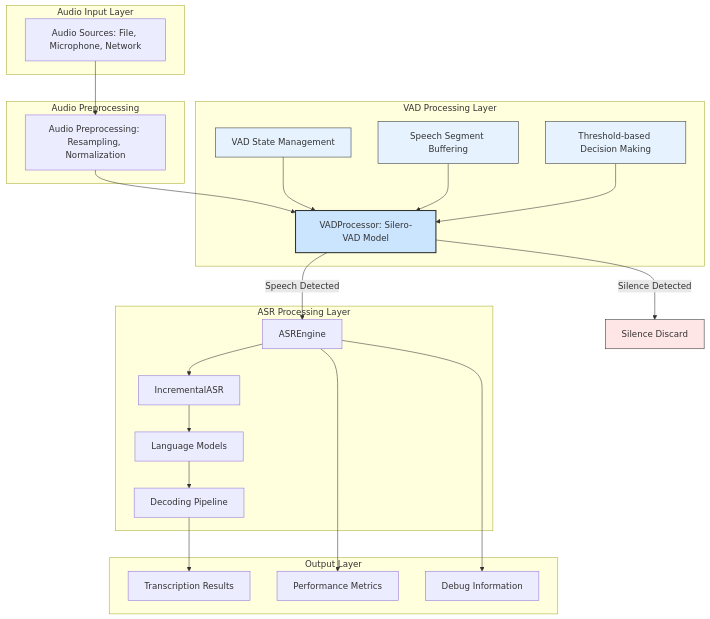
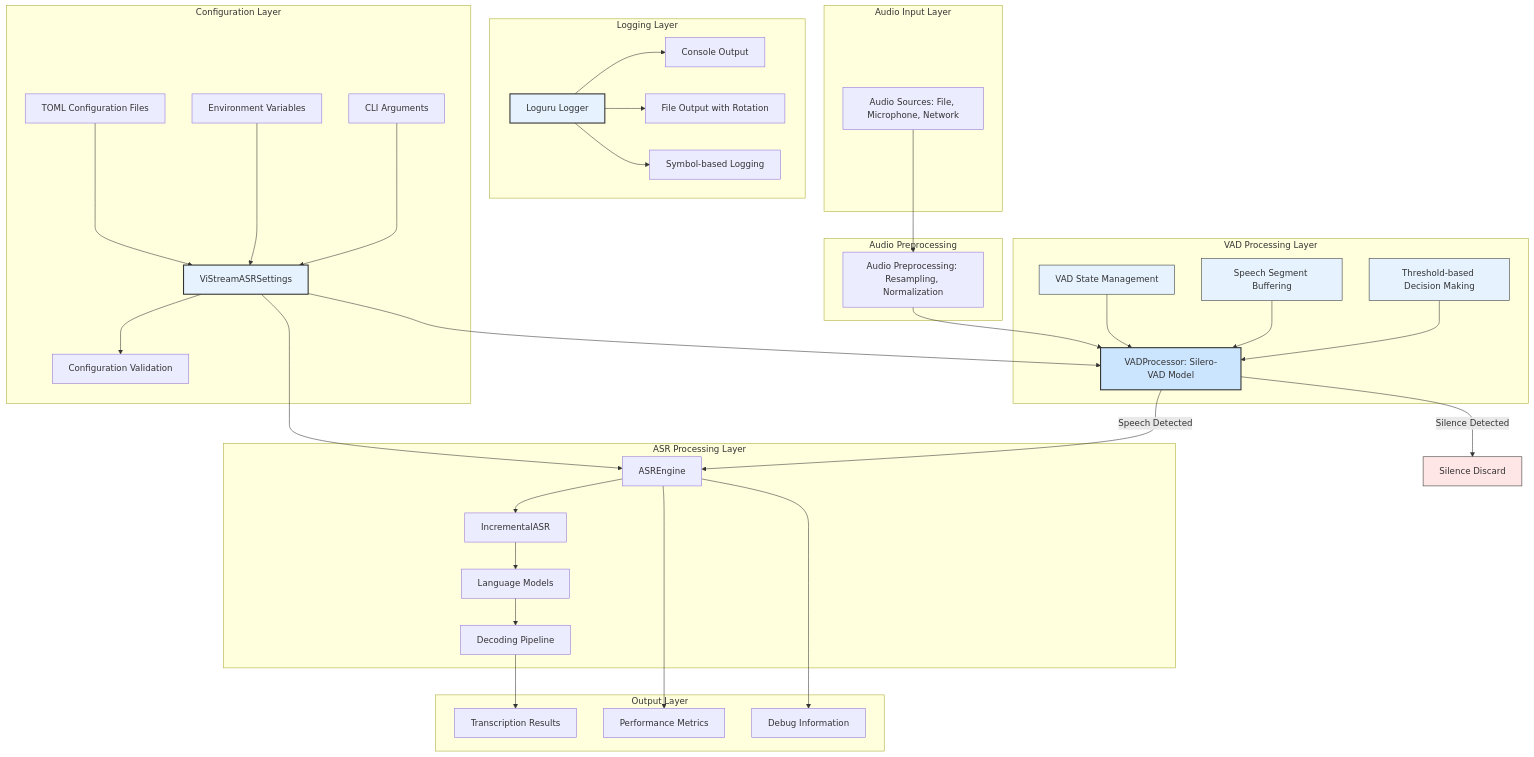
Before and after one commit to leakless21/ViStreamASR: the first of 6 diagrams in docs/ARCHITECTURE.md, drawn with Mermaid. The commit also changed other lines of this file and 20 other files, not shown here.

````diff
--- a/docs/ARCHITECTURE.md
+++ b/docs/ARCHITECTURE.md
@@ -19,49 +21,75 @@
 ```mermaid
 graph TD
+    subgraph "Configuration Layer"
+        A[TOML Configuration Files]
+        B[Environment Variables]
+        C[CLI Arguments]
+        D[ViStreamASRSettings]
+        E[Configuration Validation]
+    end
+
+    subgraph "Logging Layer"
+        F[Loguru Logger]
+        G[Console Output]
+        H[File Output with Rotation]
+        I[Symbol-based Logging]
+    end
+
     subgraph "Audio Input Layer"
-        A[Audio Sources: File, Microphone, Network]
+        J[Audio Sources: File, Microphone, Network]
     end
 
     subgraph "Audio Preprocessing"
-        B[Audio Preprocessing: Resampling, Normalization]
+        K[Audio Preprocessing: Resampling, Normalization]
     end
 
     subgraph "VAD Processing Layer"
-        C[VADProcessor: Silero-VAD Model]
-        D[VAD State Management]
-        E[Speech Segment Buffering]
-        F[Threshold-based Decision Making]
+        L[VADProcessor: Silero-VAD Model]
+        M[VAD State Management]
+        N[Speech Segment Buffering]
+        O[Threshold-based Decision Making]
     end
 
     subgraph "ASR Processing Layer"
-        G[ASREngine]
-        H[IncrementalASR]
-        I[Language Models]
-        J[Decoding Pipeline]
+        P[ASREngine]
+        Q[IncrementalASR]
+        R[Language Models]
+        S[Decoding Pipeline]
     end
 
     subgraph "Output Layer"
-        K[Transcription Results]
-        L[Performance Metrics]
-        M[Debug Information]
+        T[Transcription Results]
+        U[Performance Metrics]
+        V[Debug Information]
     end
 
-    A --> B --> C
-    C -->|Speech Detected| G
-    C -->|Silence Detected| N[Silence Discard]
-    D --> C
-    E --> C
-    F --> C
-    G --> H
-    H --> I
-    I --> J
-    J --> K
-    G --> L
-    G --> M
+    A --> D
+    B --> D
+    C --> D
+    D --> E
+    D --> P
+    D --> L
+    F --> G
+    F --> H
+    F --> I
+    J --> K --> L
+    L -->|Speech Detected| P
+    L -->|Silence Detected| W[Silence Discard]
+    M --> L
+    N --> L
+    O --> L
+    P --> Q
+    Q --> R
+    R --> S
+    S --> T
+    P --> U
+    P --> V
 
-    style C fill:#cce5ff,stroke:#333,stroke-width:2px
-    style D fill:#e6f3ff,stroke:#333,stroke-width:1px
-    style E fill:#e6f3ff,stroke:#333,stroke-width:1px
-    style F fill:#e6f3ff,stroke:#333,stroke-width:1px
-    style N fill:#ffe6e6,stroke:#333,stroke-width:1px
+    style D fill:#e6f3ff,stroke:#333,stroke-width:2px
+    style F fill:#e6f3ff,stroke:#333,stroke-width:2px
+    style L fill:#cce5ff,stroke:#333,stroke-width:2px
+    style M fill:#e6f3ff,stroke:#333,stroke-width:1px
+    style N fill:#e6f3ff,stroke:#333,stroke-width:1px
+    style O fill:#e6f3ff,stroke:#333,stroke-width:1px
+    style W fill:#ffe6e6,stroke:#333,stroke-width:1px
 ```
````
